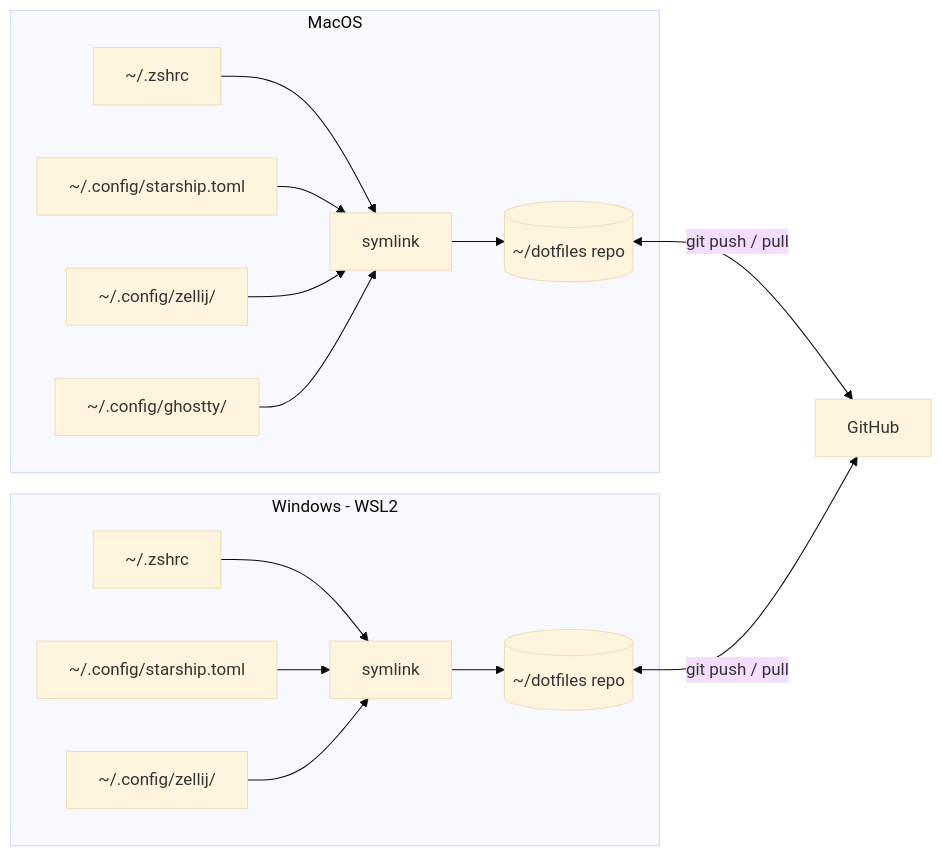
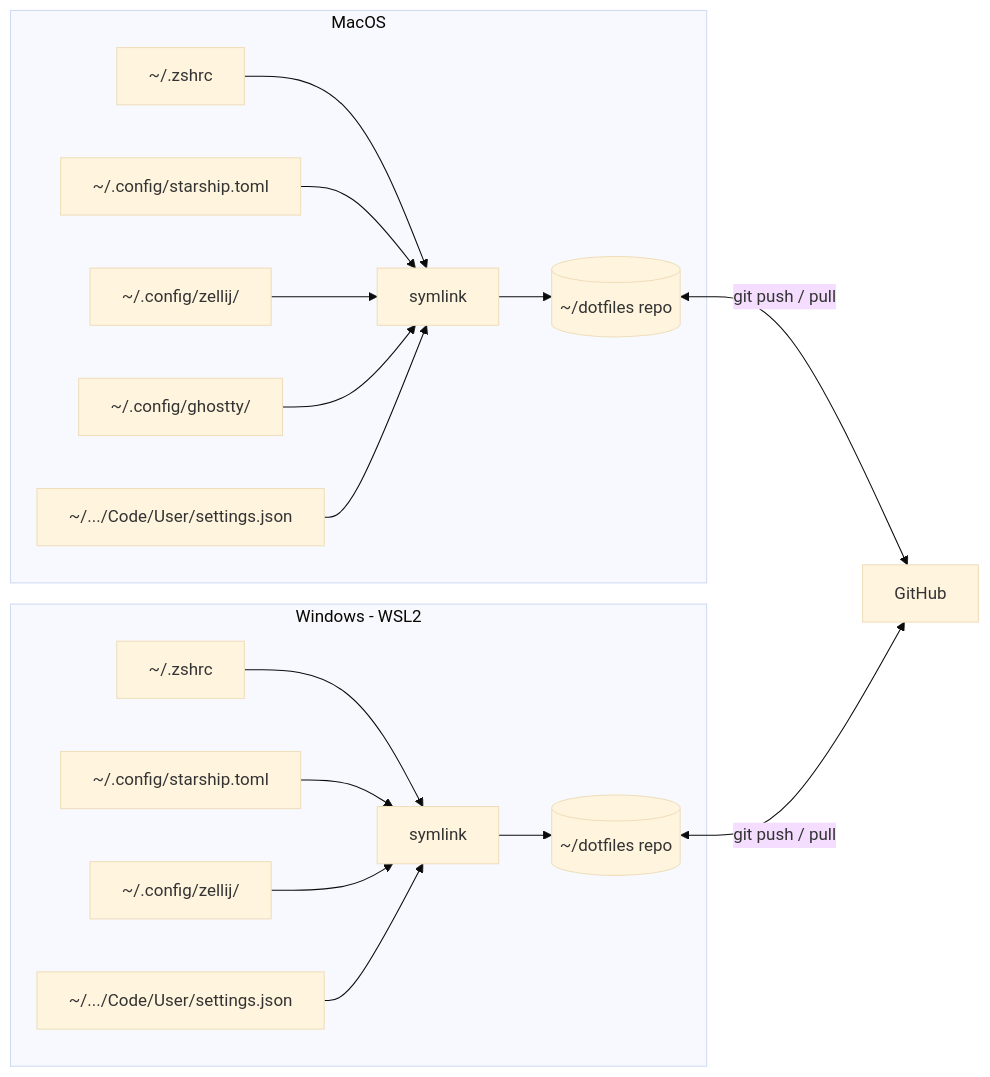
Before and after one commit to deepusharma/dotfiles: the second of 3 diagrams in README.md, drawn with Mermaid (base theme). The commit also changed other lines of this file and 1 other file, not shown here.

Commit message:
chore: add vscode settings symlink and docs

````diff
--- a/README.md
+++ b/README.md
@@ -80,20 +80,22 @@
 ```mermaid
 flowchart LR
     subgraph mac [MacOS]
         M1[~/.zshrc] --> ML[symlink]
         M2[~/.config/starship.toml] --> ML
         M3[~/.config/zellij/] --> ML
         M4[~/.config/ghostty/] --> ML
+        M5[~/.../Code/User/settings.json] --> ML
         ML --> MR[(~/dotfiles repo)]
     end
 
     subgraph win [Windows - WSL2]
         W1[~/.zshrc] --> WL[symlink]
         W2[~/.config/starship.toml] --> WL
         W3[~/.config/zellij/] --> WL
+        W4[~/.../Code/User/settings.json] --> WL
         WL --> WR[(~/dotfiles repo)]
     end
 
     MR <-->|git push / pull| GH[GitHub]
     WR <-->|git push / pull| GH
 ```
````
